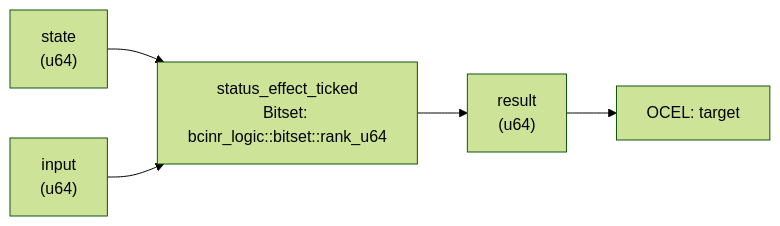
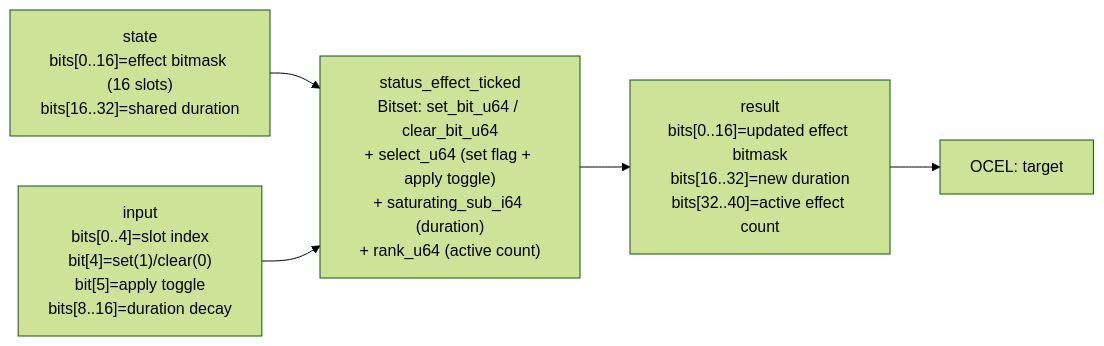
Before and after one commit to seanchatmangpt/bcinr: the diagram in crates/wasm4games/docs/patterns/status_effect_ticked.md, drawn with Mermaid (forest theme). The commit also changed other lines of this file and 36 other files, not shown here.

````diff
--- a/crates/wasm4games/docs/patterns/status_effect_ticked.md
+++ b/crates/wasm4games/docs/patterns/status_effect_ticked.md
@@ -56,12 +42,12 @@
 ```mermaid
 graph LR
-    state["state\n(u64)"]
-    input["input\n(u64)"]
-    kernel["status_effect_ticked\nBitset: bcinr_logic::bitset::rank_u64"]
-    result["result\n(u64)"]
+    state["state\nbits[0..16]=effect bitmask (16 slots)\nbits[16..32]=shared duration"]
+    input["input\nbits[0..4]=slot index\nbit[4]=set(1)/clear(0)\nbit[5]=apply toggle\nbits[8..16]=duration decay"]
+    kernel["status_effect_ticked\nBitset: set_bit_u64 / clear_bit_u64\n+ select_u64 (set flag + apply toggle)\n+ saturating_sub_i64 (duration)\n+ rank_u64 (active count)"]
+    result["result\nbits[0..16]=updated effect bitmask\nbits[16..32]=new duration\nbits[32..40]=active effect count"]
     state --> kernel
     input --> kernel
     kernel --> result
     ocel_0["OCEL: target"]
     result --> ocel_0
 ```
````
